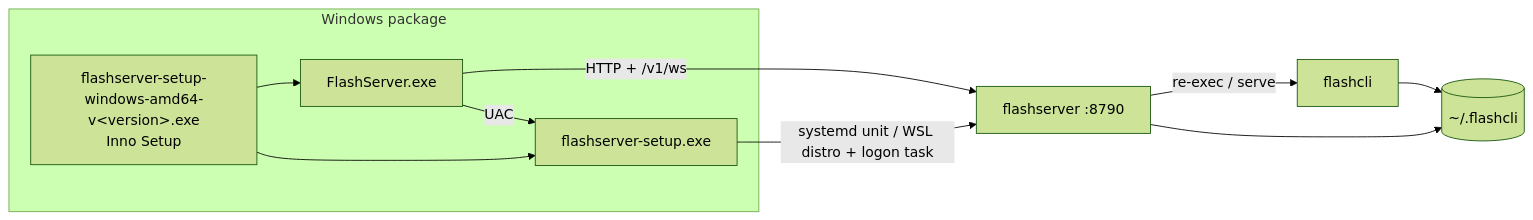
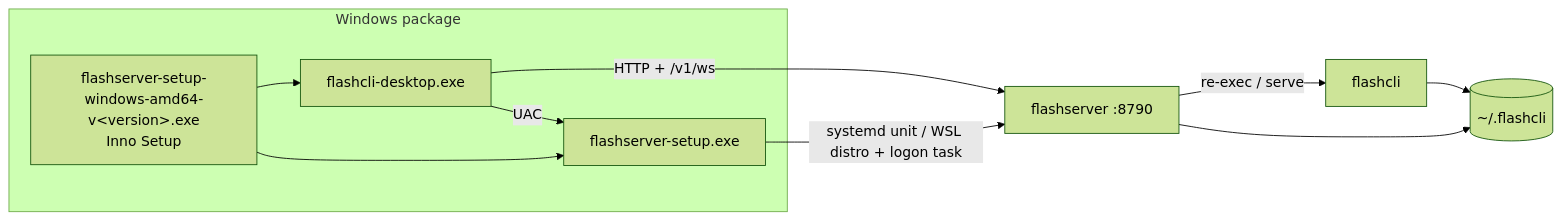
Before and after one commit to aodianyun/flashcli: the first of 2 diagrams in docs/architecture.md, drawn with Mermaid (forest theme). The commit also changed 12 other files, not shown here.

Commit message:
chore(sync): squash merge dev into main (flashcli-desktop rename)

````diff
--- a/docs/architecture.md
+++ b/docs/architecture.md
@@ -74,13 +74,13 @@
 ```mermaid
 flowchart LR
   subgraph WIN[Windows package]
-    ISS["flashserver-setup-windows-amd64-v&lt;version&gt;.exe<br/>Inno Setup"] --> CLIENT[FlashServer.exe]
+    ISS["flashserver-setup-windows-amd64-v&lt;version&gt;.exe<br/>Inno Setup"] --> CLIENT[flashcli-desktop.exe]
     ISS --> SETUP[flashserver-setup.exe]
   end
   CLIENT -- "HTTP + /v1/ws" --> SRV["flashserver :8790"]
   CLIENT -- UAC --> SETUP
   SETUP -- "systemd unit / WSL distro + logon task" --> SRV
   SRV -- "re-exec / serve" --> CLI[flashcli]
   CLI --> HOST[(~/.flashcli)]
   SRV --> HOST
 ```
````
